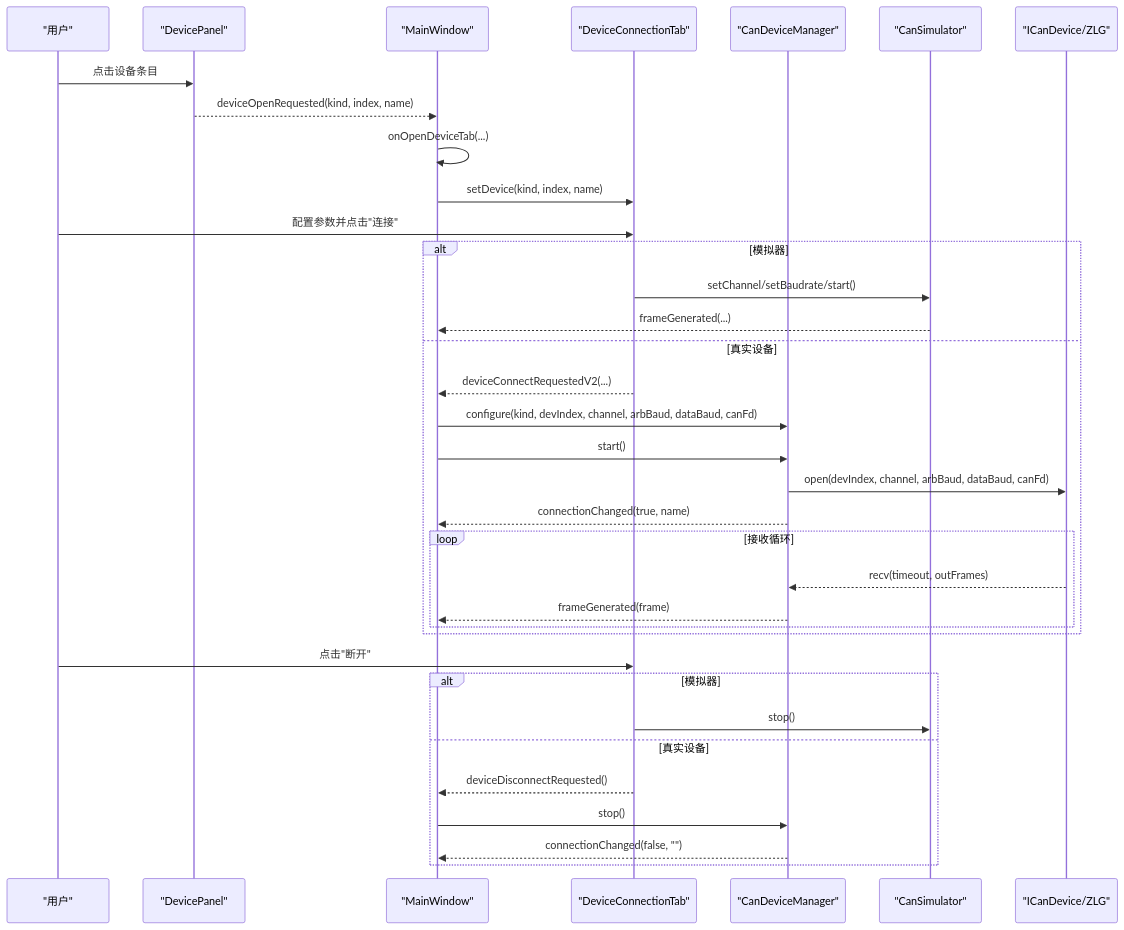
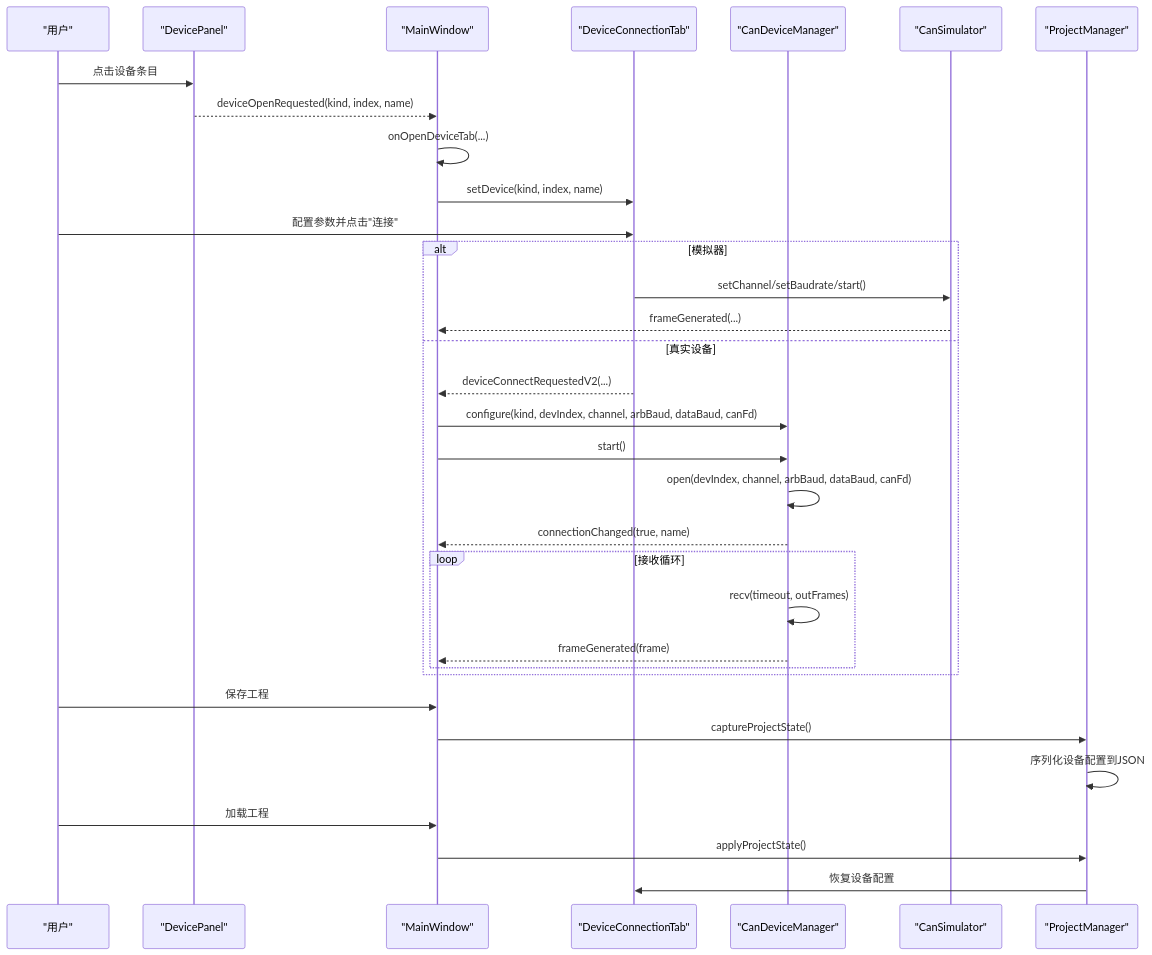
The second of 5 diagrams in .qoder/repowiki/zh/content/架构设计/UI系统设计/设备连接界面.md (jakecai1225-design/OpenBus), drawn with Mermaid before and after one commit. The commit also changed other lines of this file and 9 other files, not shown here.

````diff
--- a/.qoder/repowiki/zh/content/架构设计/UI系统设计/设备连接界面.md
+++ b/.qoder/repowiki/zh/content/架构设计/UI系统设计/设备连接界面.md
@@ -111,37 +115,35 @@
 ```mermaid
 sequenceDiagram
 participant User as "用户"
 participant Panel as "DevicePanel"
 participant Main as "MainWindow"
 participant Tab as "DeviceConnectionTab"
 participant Mgr as "CanDeviceManager"
 participant Sim as "CanSimulator"
-participant Dev as "ICanDevice/ZLG"
+participant PM as "ProjectManager"
 User->>Panel : 点击设备条目
 Panel-->>Main : deviceOpenRequested(kind, index, name)
 Main->>Main : onOpenDeviceTab(...)
 Main->>Tab : setDevice(kind, index, name)
 User->>Tab : 配置参数并点击"连接"
 alt 模拟器
 Tab->>Sim : setChannel/setBaudrate/start()
 Sim-->>Main : frameGenerated(...)
 else 真实设备
 Tab-->>Main : deviceConnectRequestedV2(...)
 Main->>Mgr : configure(kind, devIndex, channel, arbBaud, dataBaud, canFd)
 Main->>Mgr : start()
-Mgr->>Dev : open(devIndex, channel, arbBaud, dataBaud, canFd)
+Mgr->>Mgr : open(devIndex, channel, arbBaud, dataBaud, canFd)
 Mgr-->>Main : connectionChanged(true, name)
 loop 接收循环
-Dev-->>Mgr : recv(timeout, outFrames)
+Mgr->>Mgr : recv(timeout, outFrames)
 Mgr-->>Main : frameGenerated(frame)
 end
 end
-User->>Tab : 点击"断开"
-alt 模拟器
-Tab->>Sim : stop()
-else 真实设备
-Tab-->>Main : deviceDisconnectRequested()
-Main->>Mgr : stop()
-Mgr-->>Main : connectionChanged(false, "")
-end
+User->>Main : 保存工程
+Main->>PM : captureProjectState()
+PM->>PM : 序列化设备配置到JSON
+User->>Main : 加载工程
+Main->>PM : applyProjectState()
+PM->>Tab : 恢复设备配置
 ```
````
